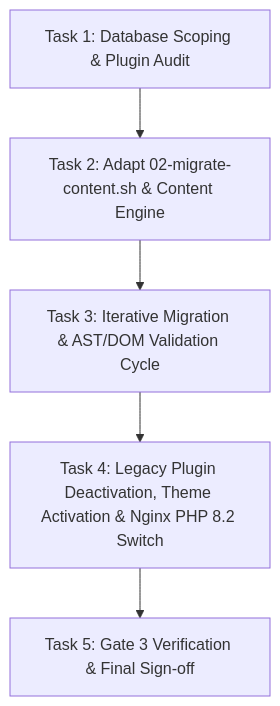
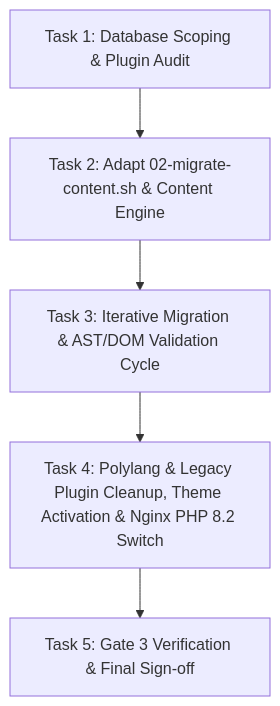
The diagram in ai-work/tasks/ekkairo-flagship-phase3-content-migration-gutenberg-conversion-plan.md (alexseif/ekkairo-flagship), drawn with Mermaid before and after one commit. The commit also changed other lines of this file and 1 other file, not shown here.

Commit message:
docs(plan): add polylang and polylang-theme-strings to plugin disregard list

````diff
--- a/ai-work/tasks/ekkairo-flagship-phase3-content-migration-gutenberg-conversion-plan.md
+++ b/ai-work/tasks/ekkairo-flagship-phase3-content-migration-gutenberg-conversion-plan.md
@@ -121,7 +123,7 @@
 ```mermaid
 graph TD
     T1[Task 1: Database Scoping & Plugin Audit] --> T2[Task 2: Adapt 02-migrate-content.sh & Content Engine]
     T2 --> T3[Task 3: Iterative Migration & AST/DOM Validation Cycle]
-    T3 --> T4[Task 4: Legacy Plugin Deactivation, Theme Activation & Nginx PHP 8.2 Switch]
+    T3 --> T4[Task 4: Polylang & Legacy Plugin Cleanup, Theme Activation & Nginx PHP 8.2 Switch]
     T4 --> T5[Task 5: Gate 3 Verification & Final Sign-off]
 ```
````
